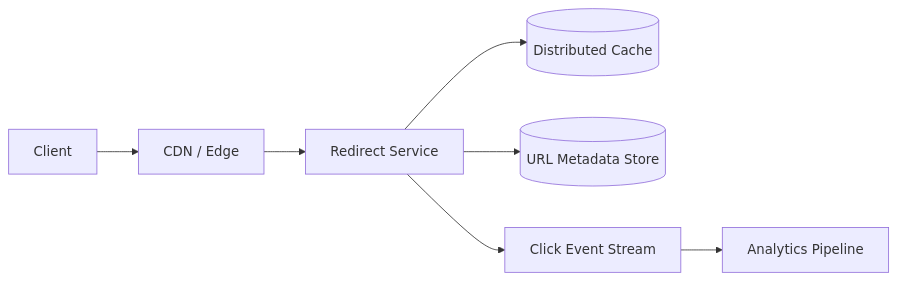
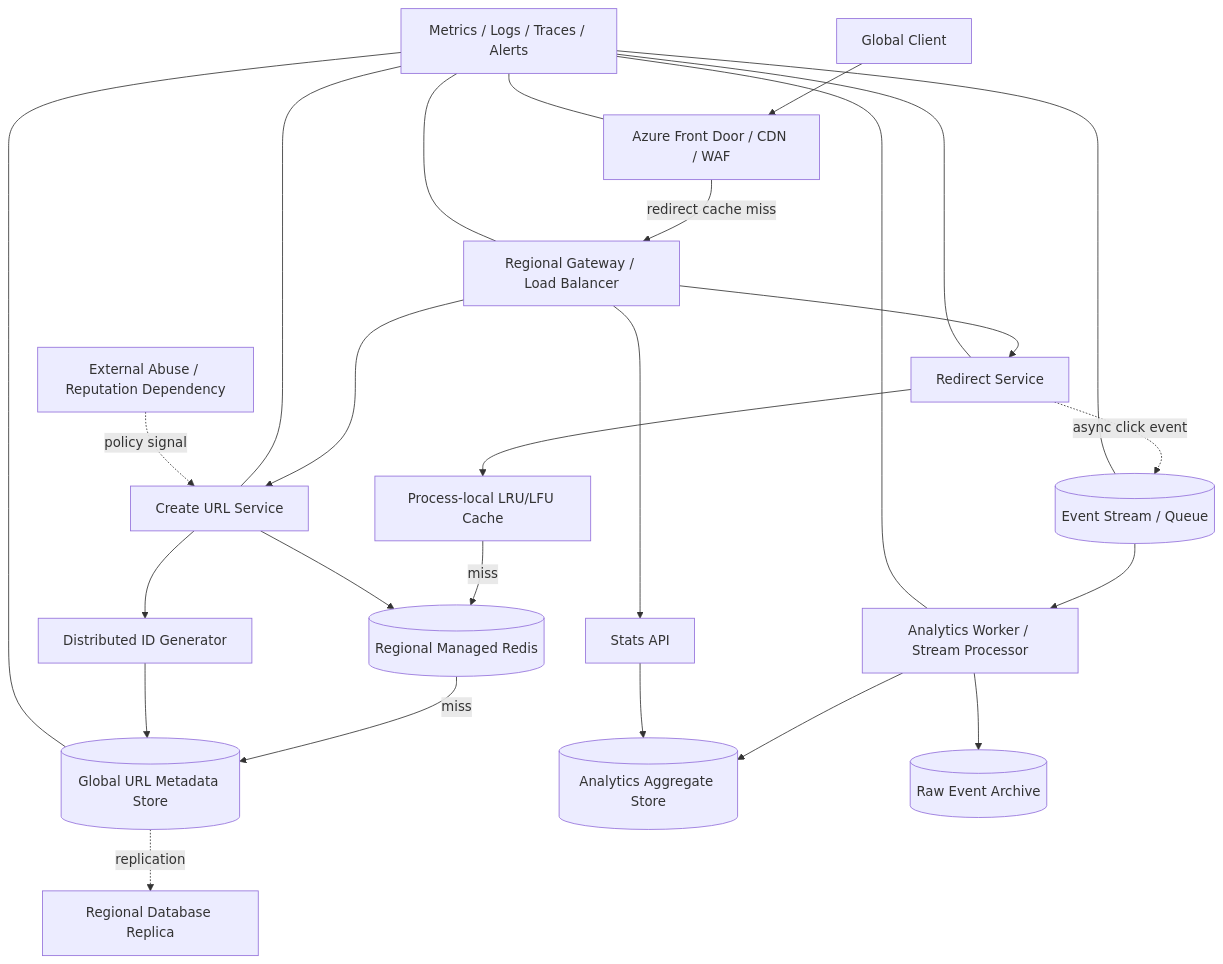
Before and after one commit to Aniels/system-design-portfolio: the diagram in case-studies/01-url-shortener/README.md, drawn with Mermaid. The commit also changed other lines of this file, not shown here.

Commit message:
Document global URL shortener design

````diff
--- a/case-studies/01-url-shortener/README.md
+++ b/case-studies/01-url-shortener/README.md
@@ -29,9 +308,32 @@
 ```mermaid
-flowchart LR
-    Client --> Edge[CDN / Edge]
-    Edge --> Redirect[Redirect Service]
-    Redirect --> Cache[(Distributed Cache)]
-    Redirect --> DB[(URL Metadata Store)]
-    Redirect --> Events[Click Event Stream]
-    Events --> Analytics[Analytics Pipeline]
+flowchart TB
+    Client[Global Client] --> Edge[Azure Front Door / CDN / WAF]
+    Edge -->|redirect cache miss| Gateway[Regional Gateway / Load Balancer]
+    Gateway --> Redirect[Redirect Service]
+    Gateway --> Create[Create URL Service]
+    Gateway --> Stats[Stats API]
+
+    Redirect --> L1[Process-local LRU/LFU Cache]
+    L1 -->|miss| L2[(Regional Managed Redis)]
+    L2 -->|miss| Metadata[(Global URL Metadata Store)]
+    Create --> IdGen[Distributed ID Generator]
+    IdGen --> Metadata
+    Create --> L2
+
+    Redirect -. async click event .-> Queue[(Event Stream / Queue)]
+    Queue --> Worker[Analytics Worker / Stream Processor]
+    Worker --> Aggregate[(Analytics Aggregate Store)]
+    Worker --> Archive[(Raw Event Archive)]
+    Stats --> Aggregate
+
+    Metadata -. replication .-> Replica[Regional Database Replica]
+    Obs[Metrics / Logs / Traces / Alerts] --- Edge
+    Obs --- Gateway
+    Obs --- Redirect
+    Obs --- Create
+    Obs --- Queue
+    Obs --- Worker
+    Obs --- Metadata
+
+    Abuse[External Abuse / Reputation Dependency] -. policy signal .-> Create
 ```
````
